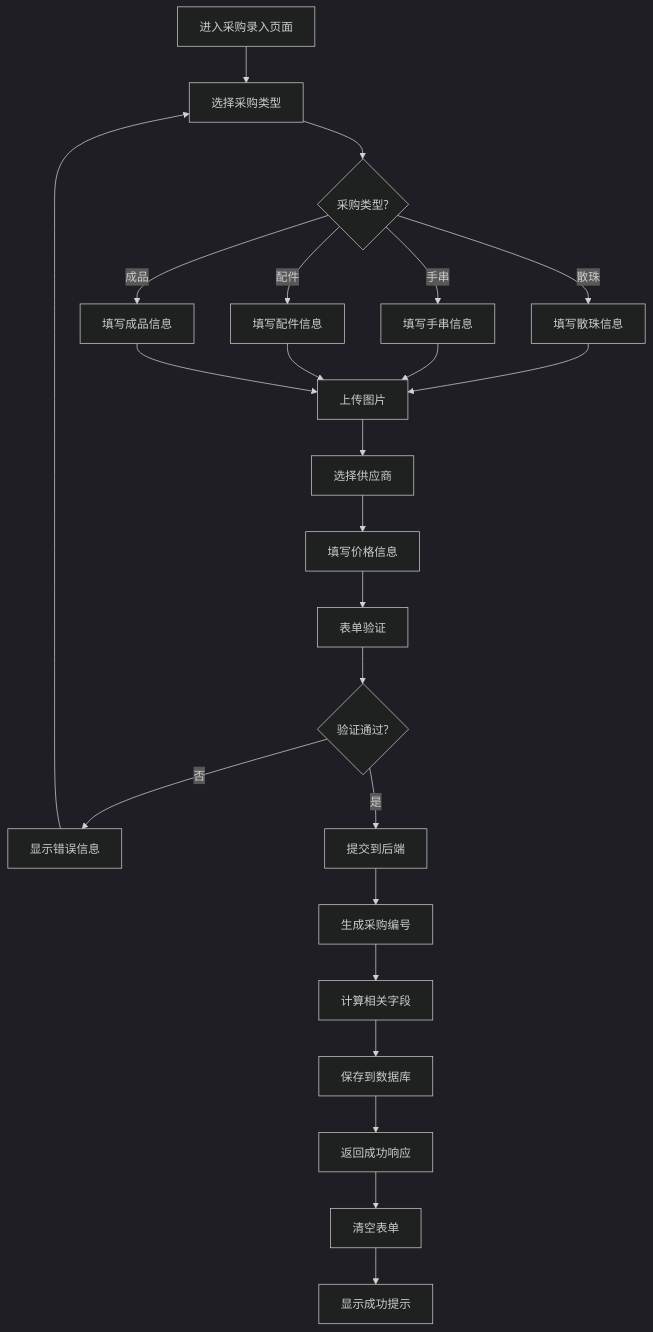
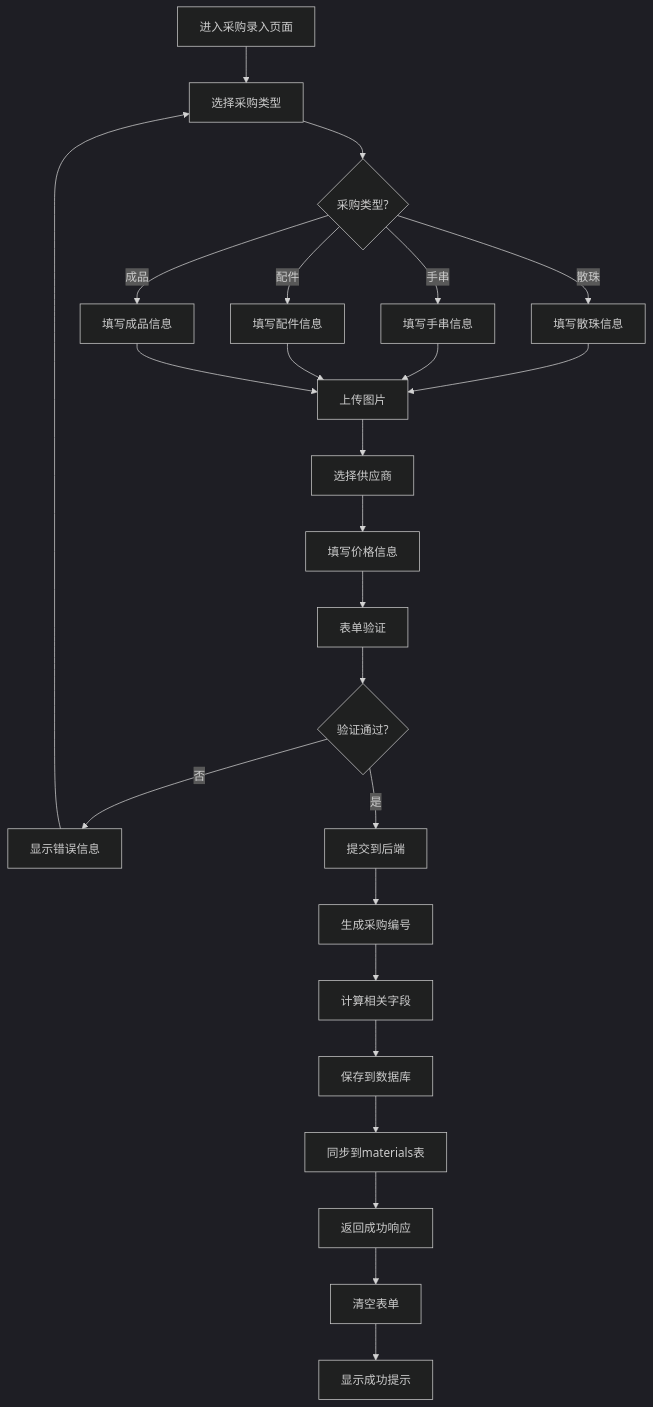
The first of 20 diagrams in .trae/documents/05-业务流程详细规范文档.md (zhuoweishun/shuijing-erp), drawn with Mermaid (dark theme) before and after one commit. The commit also changed other lines of this file and 122 other files, not shown here.

````diff
--- a/.trae/documents/05-业务流程详细规范文档.md
+++ b/.trae/documents/05-业务流程详细规范文档.md
@@ -8,26 +11,27 @@
 ```mermaid
 flowchart TD
     A[进入采购录入页面] --> B[选择采购类型]
     B --> C{采购类型?}
     C -->|散珠| D[填写散珠信息]
     C -->|手串| E[填写手串信息]
     C -->|配件| F[填写配件信息]
     C -->|成品| G[填写成品信息]
     D --> H[上传图片]
     E --> H
     F --> H
     G --> H
     H --> I[选择供应商]
     I --> J[填写价格信息]
     J --> K[表单验证]
     K --> L{验证通过?}
     L -->|否| M[显示错误信息]
     M --> B
     L -->|是| N[提交到后端]
     N --> O[生成采购编号]
     O --> P[计算相关字段]
     P --> Q[保存到数据库]
-    Q --> R[返回成功响应]
-    R --> S[清空表单]
-    S --> T[显示成功提示]
+    Q --> R[同步到materials表]
+    R --> S[返回成功响应]
+    S --> T[清空表单]
+    T --> U[显示成功提示]
 ```
````
